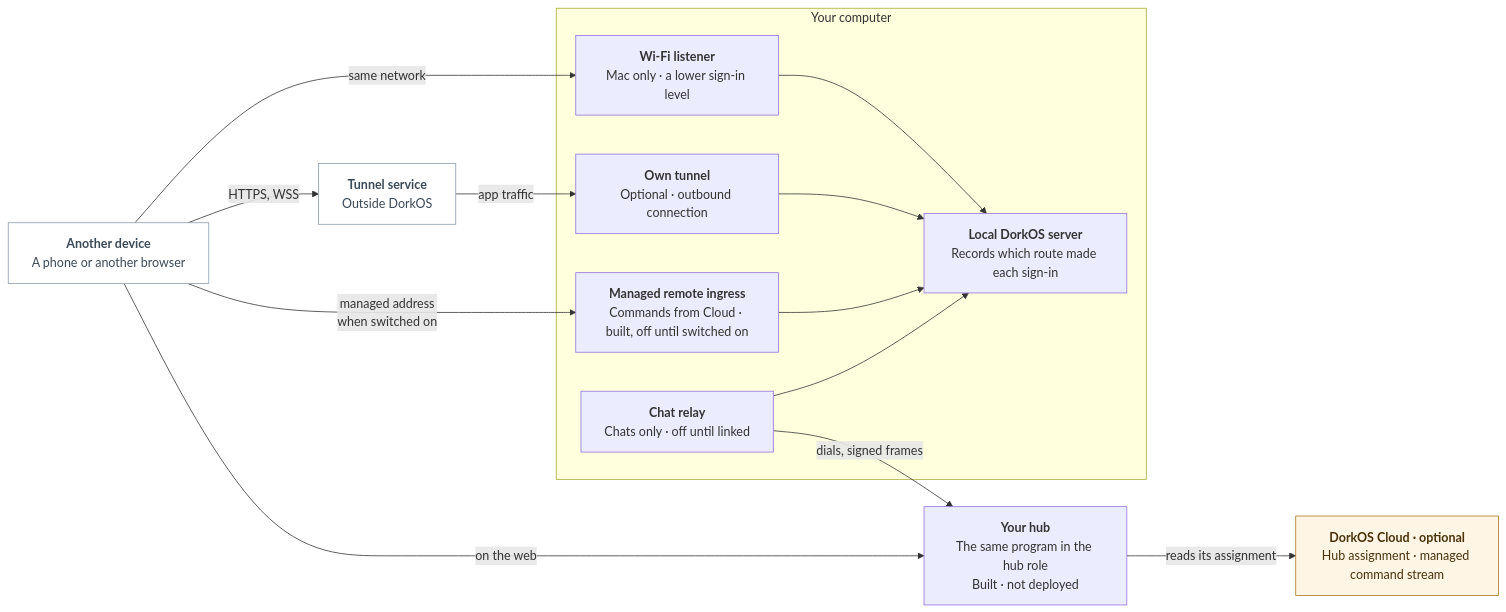
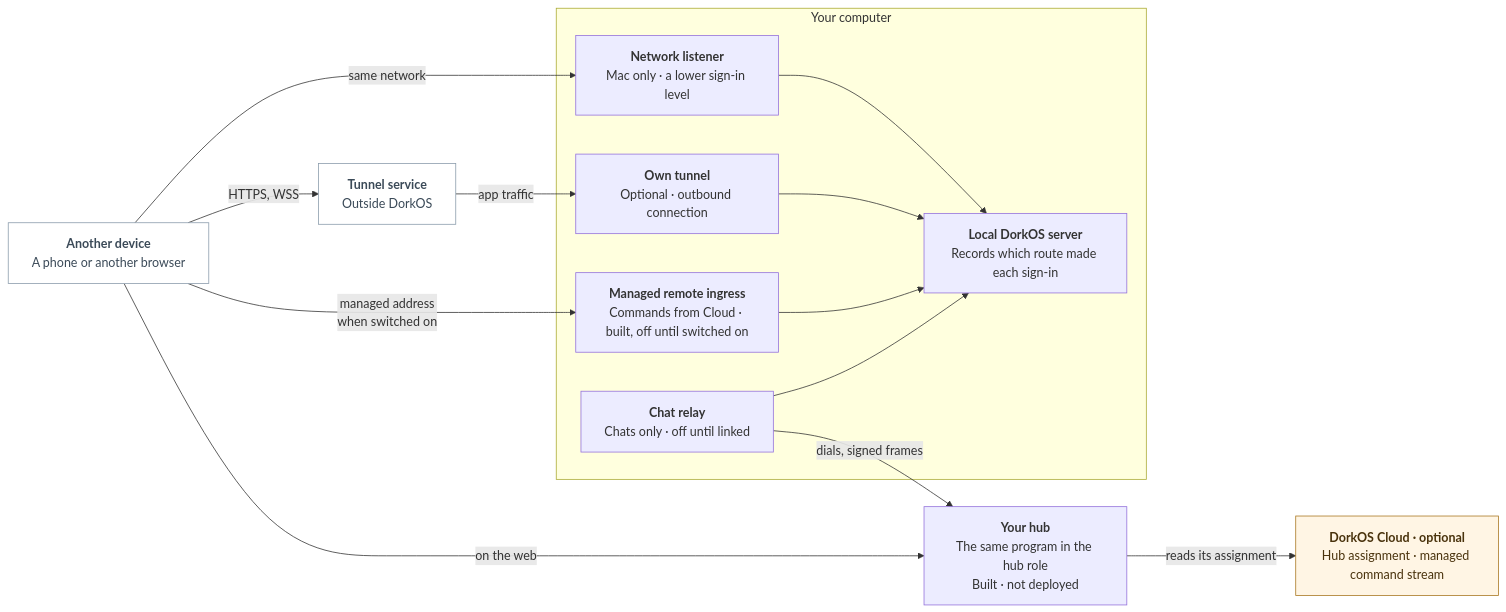
The diagram in contributing/diagrams/architecture/remote-access.mmd (dork-labs/dorkos), drawn with Mermaid before and after one commit. The commit also changed 15 other files, not shown here.

First line of the commit message:
fix(lan-access): let devices on the same Tailscale network in (DOR-5135)

```diff
--- a/contributing/diagrams/architecture/remote-access.mmd
+++ b/contributing/diagrams/architecture/remote-access.mmd
@@ -1,33 +1,33 @@
 flowchart LR
   accTitle: Ways in to your DorkOS from another device
-  accDescr: Four routes reach a person's own DorkOS server from elsewhere, and each is a different route: the Wi-Fi listener on the same network, the person's own tunnel, managed remote ingress, and the chat relay through a hub. A sign-in made on one route is refused on another. The relay carries chats only and dials the hub the computer pinned, not Cloud. The tunnel and the Wi-Fi listener are shipped; managed remote and the relay are built and off by default; the hub is built and not deployed.
+  accDescr: Four routes reach a person's own DorkOS server from elsewhere, and each is a different route: the network listener on the same network, the person's own tunnel, managed remote ingress, and the chat relay through a hub. A sign-in made on one route is refused on another. The relay carries chats only and dials the hub the computer pinned, not Cloud. The tunnel and the network listener are shipped; managed remote and the relay are built and off by default; the hub is built and not deployed.
 
   device["<b>Another device</b><br/><span class='d'>A phone or another browser</span>"]
   tunnelsvc["<b>Tunnel service</b><br/><span class='d'>Outside DorkOS</span>"]
   hub["<b>Your hub</b><br/><span class='d'>The same program in the hub role<br/>Built · not deployed</span>"]
   cloud["<b>DorkOS Cloud · optional</b><br/><span class='d'>Hub assignment · managed command stream</span>"]
 
   subgraph mac["Your computer"]
-    wifi["<b>Wi-Fi listener</b><br/><span class='d'>Mac only · a lower sign-in level</span>"]
+    wifi["<b>Network listener</b><br/><span class='d'>Mac only · a lower sign-in level</span>"]
     tunnel["<b>Own tunnel</b><br/><span class='d'>Optional · outbound connection</span>"]
     remote["<b>Managed remote ingress</b><br/><span class='d'>Commands from Cloud · built, off until switched on</span>"]
     relay["<b>Chat relay</b><br/><span class='d'>Chats only · off until linked</span>"]
     local["<b>Local DorkOS server</b><br/><span class='d'>Records which route made each sign-in</span>"]
     wifi --> local
     tunnel --> local
     remote --> local
     relay --> local
   end
 
   device -->|"same network"| wifi
   device -->|"HTTPS, WSS"| tunnelsvc
   tunnelsvc -->|"app traffic"| tunnel
   device -->|"managed address<br/><span class='d'>when switched on</span>"| remote
   device -->|"on the web"| hub
   relay -->|"dials, signed frames"| hub
   hub -->|"reads its assignment"| cloud
 
   classDef cloud fill:#fff5e4,stroke:#a87720,color:#49320c
   classDef external fill:#ffffff,stroke:#8a9bab,color:#3b4a58
   class cloud cloud
   class device,tunnelsvc external
```
